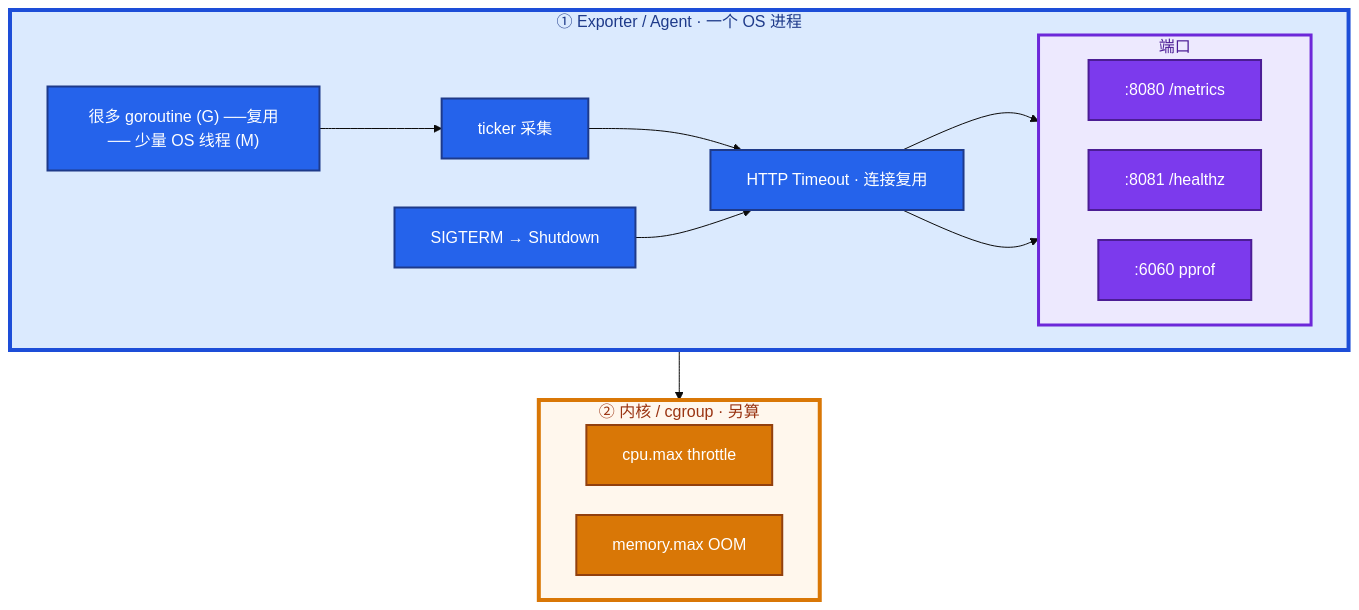
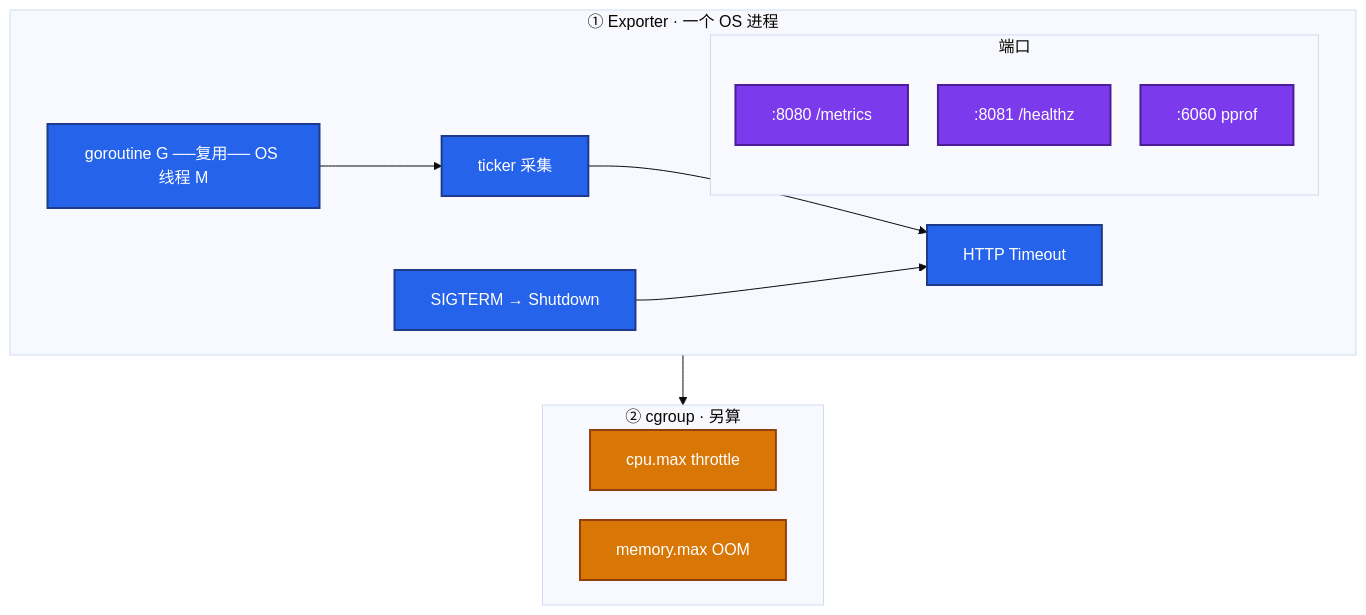
The first of 6 diagrams in 06-开发能力/03-Go运维工具/知识点.md (ml-cuizijun/LearnToLilith), drawn with Mermaid before and after one commit. The commit also changed other lines of this file and 213 other files, not shown here.

````diff
--- a/06-开发能力/03-Go运维工具/知识点.md
+++ b/06-开发能力/03-Go运维工具/知识点.md
@@ -81,37 +260,28 @@
 ```mermaid
 %%{init: {"flowchart": {"padding": 18, "nodeSpacing": 30, "rankSpacing": 50}, "theme": "base"}}%%
 flowchart TB
-    subgraph proc ["① Exporter / Agent · 一个 OS 进程"]
-        g["很多 goroutine (G) ──复用── 少量 OS 线程 (M)"]
+    subgraph proc ["① Exporter · 一个 OS 进程"]
+        g["goroutine G ──复用── OS 线程 M"]
         tick[ticker 采集]
-        http["HTTP Timeout · 连接复用"]
+        http["HTTP Timeout"]
         g --> tick --> http
         subgraph ports ["端口"]
-            direction LR
             m[":8080 /metrics"]
             h[":8081 /healthz"]
             p[":6060 pprof"]
         end
-        http --> m
-        http --> h
         sig[SIGTERM → Shutdown] --> http
     end
-
-    subgraph kernel ["② 内核 / cgroup · 另算"]
+    subgraph kernel ["② cgroup · 另算"]
         cpu[cpu.max throttle]
         mem[memory.max OOM]
     end
-
     proc --> kernel
 
     classDef go fill:#2563EB,stroke:#1E3A8A,stroke-width:2px,color:#fff
     classDef port fill:#7C3AED,stroke:#4C1D95,stroke-width:2px,color:#fff
     classDef cg fill:#D97706,stroke:#92400E,stroke-width:2px,color:#fff
     class g,tick,http,sig go
     class m,h,p port
     class cpu,mem cg
-
-    style proc fill:#DBEAFE,stroke:#1D4ED8,stroke-width:4px,color:#1E3A8A
-    style ports fill:#EDE9FE,stroke:#6D28D9,stroke-width:3px,color:#4C1D95
-    style kernel fill:#FFF7ED,stroke:#D97706,stroke-width:4px,color:#9A3412
 ```
````
